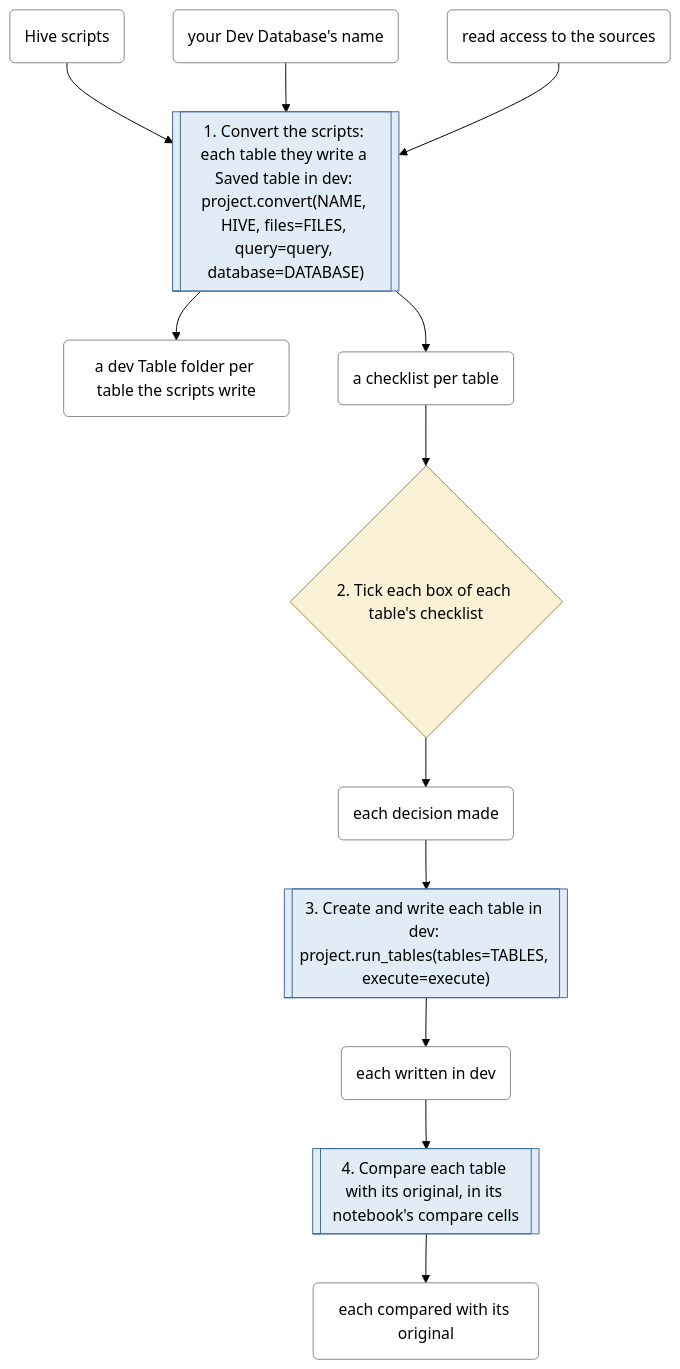
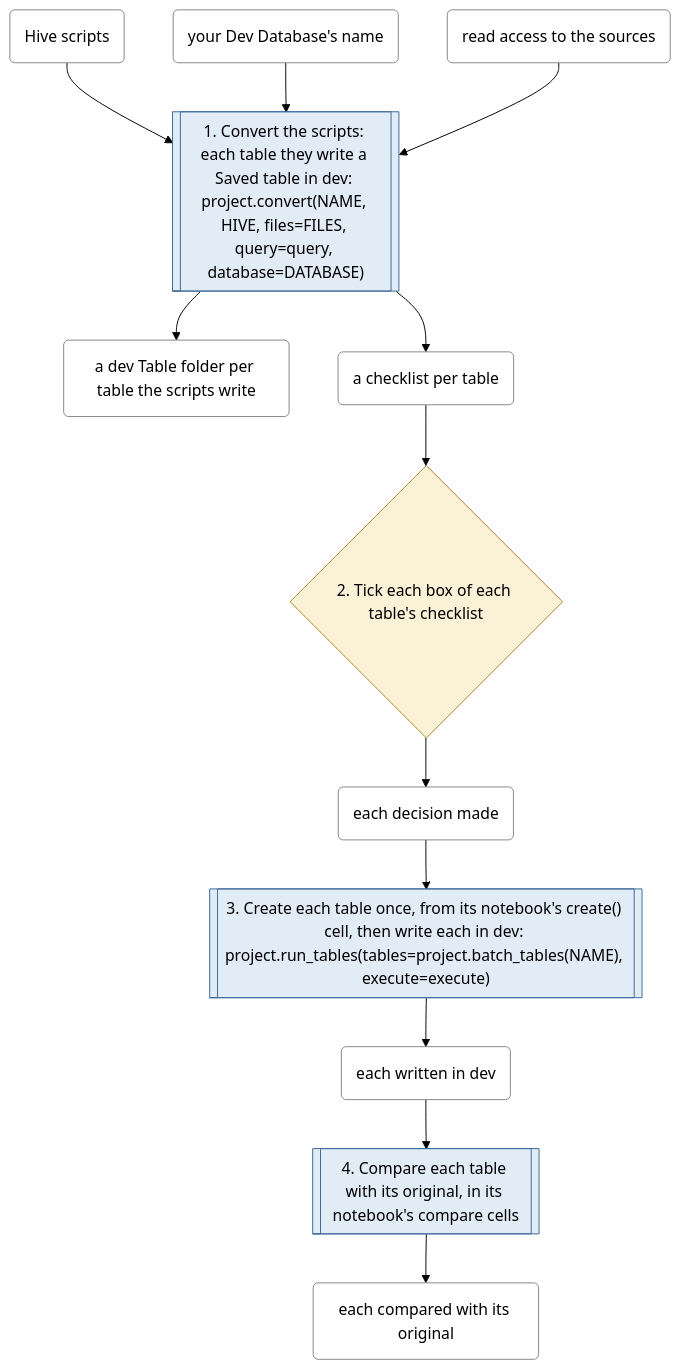
One commit to EdgyPage/SQL-Composer changed the first of 6 diagrams in docs/workflows.md. Above: the diagram before and after it, drawn with Mermaid (forest theme). The commit also changed other lines of this file and 24 other files, not shown here.

````diff
--- a/docs/workflows.md
+++ b/docs/workflows.md
@@ -23,43 +23,43 @@
 ```mermaid
 flowchart TD
     s0[["1. Convert the scripts: each table they write a Saved table in dev: project.convert(NAME, HIVE, files=FILES, query=query, database=DATABASE)"]]
     class s0 permission
     t0 --> s0
     t1 --> s0
     t2 --> s0
     s0 --> t3
     s0 --> t4
     s1{"2. Tick each box of each table's checklist"}
     class s1 decision
     t4 --> s1
     s1 --> t5
-    s2[["3. Create and write each table in dev: project.run_tables(tables=TABLES, execute=execute)"]]
+    s2[["3. Create each table once, from its notebook's create() cell, then write each in dev: project.run_tables(tables=project.batch_tables(NAME), execute=execute)"]]
     class s2 permission
     t5 --> s2
     s2 --> t6
     s3[["4. Compare each table with its original, in its notebook's compare cells"]]
     class s3 permission
     t6 --> s3
     s3 --> t7
     t0("Hive scripts")
     class t0 thing
     t1("your Dev Database's name")
     class t1 thing
     t2("read access to the sources")
     class t2 thing
     t3("a dev Table folder per table the scripts write")
     class t3 thing
     t4("a checklist per table")
     class t4 thing
     t5("each decision made")
     class t5 thing
     t6("each written in dev")
     class t6 thing
     t7("each compared with its original")
     class t7 thing
     classDef file fill:#e3f2e1,stroke:#4a8a3f
     classDef permission fill:#e1ecf7,stroke:#3f6a9a
     classDef decision fill:#fbf1d6,stroke:#a8842a
     classDef fiddling fill:#f8d7d5,stroke:#b03a30
     classDef thing fill:#ffffff,stroke:#888888
 ```
````
